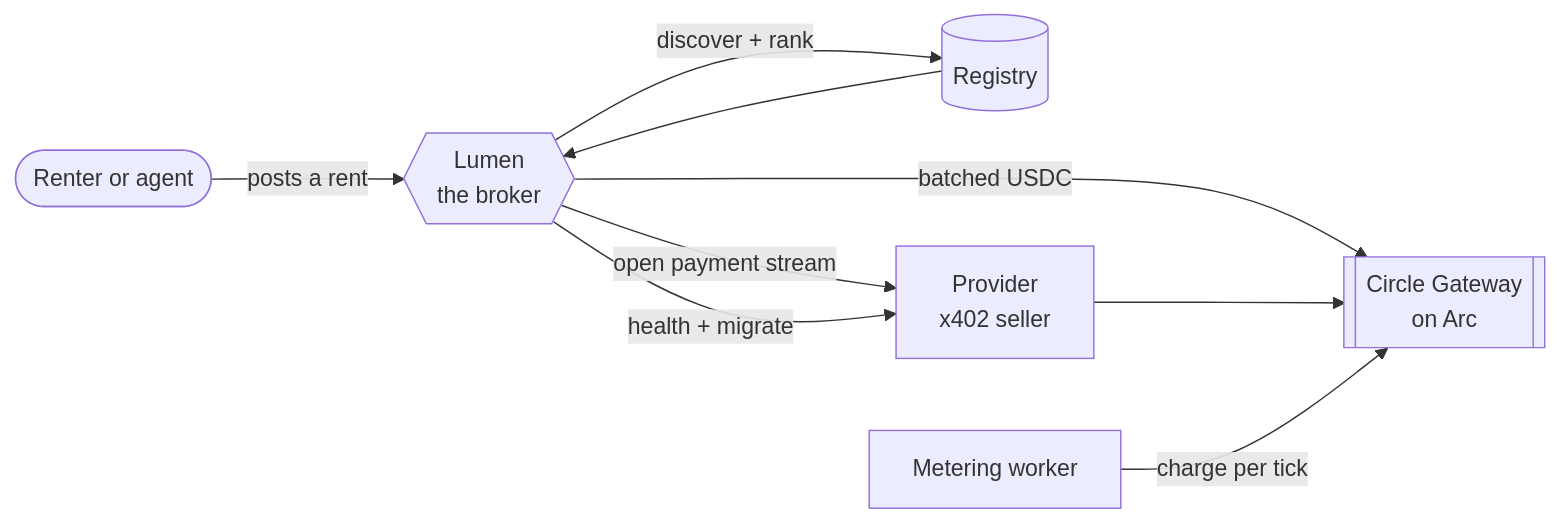
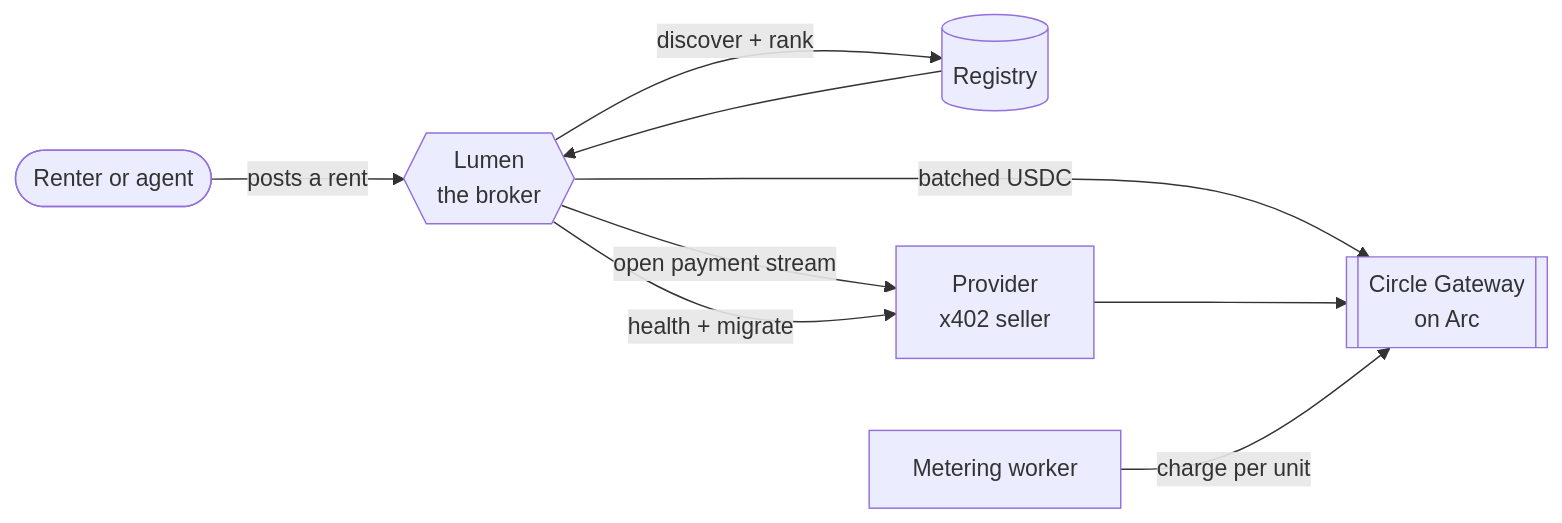
One commit to Jr-kenny/prime-compute changed the first of 3 diagrams in README.md. Above: the diagram before and after it, drawn with Mermaid. The commit also changed other lines of this file, not shown here.

````diff
--- a/README.md
+++ b/README.md
@@ -26,11 +26,11 @@
 ```mermaid
 flowchart LR
   renter([Renter or agent]) -->|"posts a rent"| lumen{{Lumen<br/>the broker}}
   lumen -->|"discover + rank"| registry[(Registry)]
   registry --> lumen
   lumen -->|"open payment stream"| provider[Provider<br/>x402 seller]
   lumen -->|"batched USDC"| gateway[[Circle Gateway<br/>on Arc]]
   provider --> gateway
-  worker[Metering worker] -->|"charge per tick"| gateway
+  worker[Metering worker] -->|"charge per unit"| gateway
   lumen -->|"health + migrate"| provider
 ```
````
